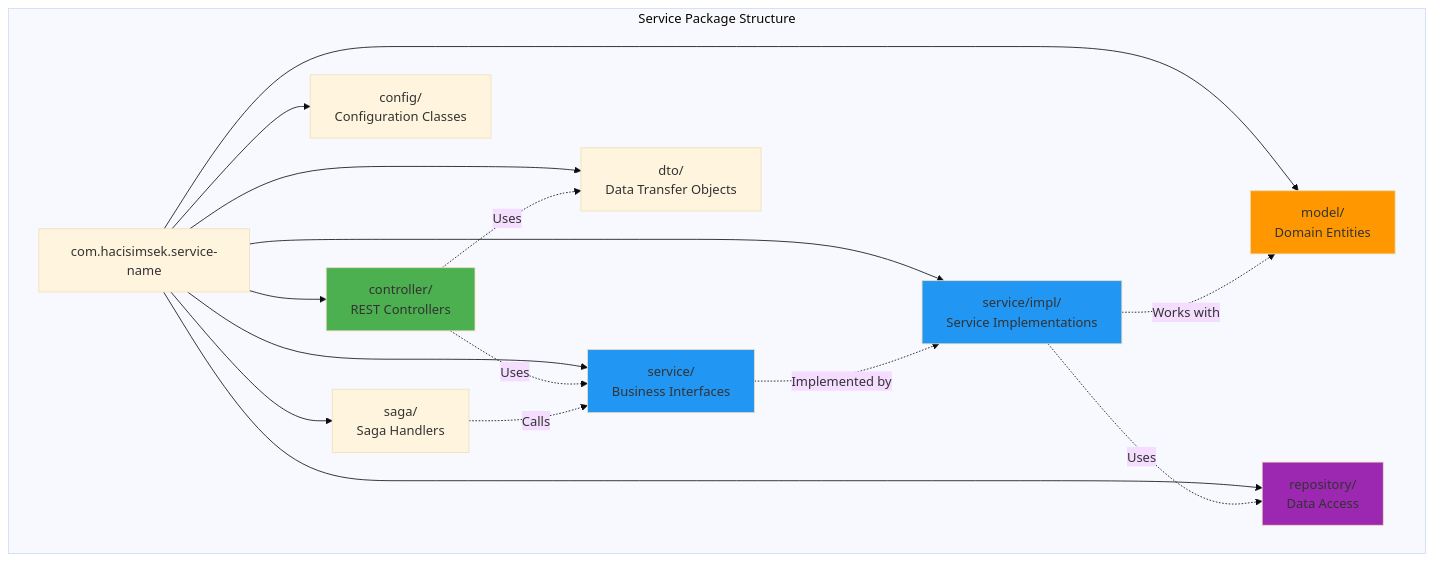
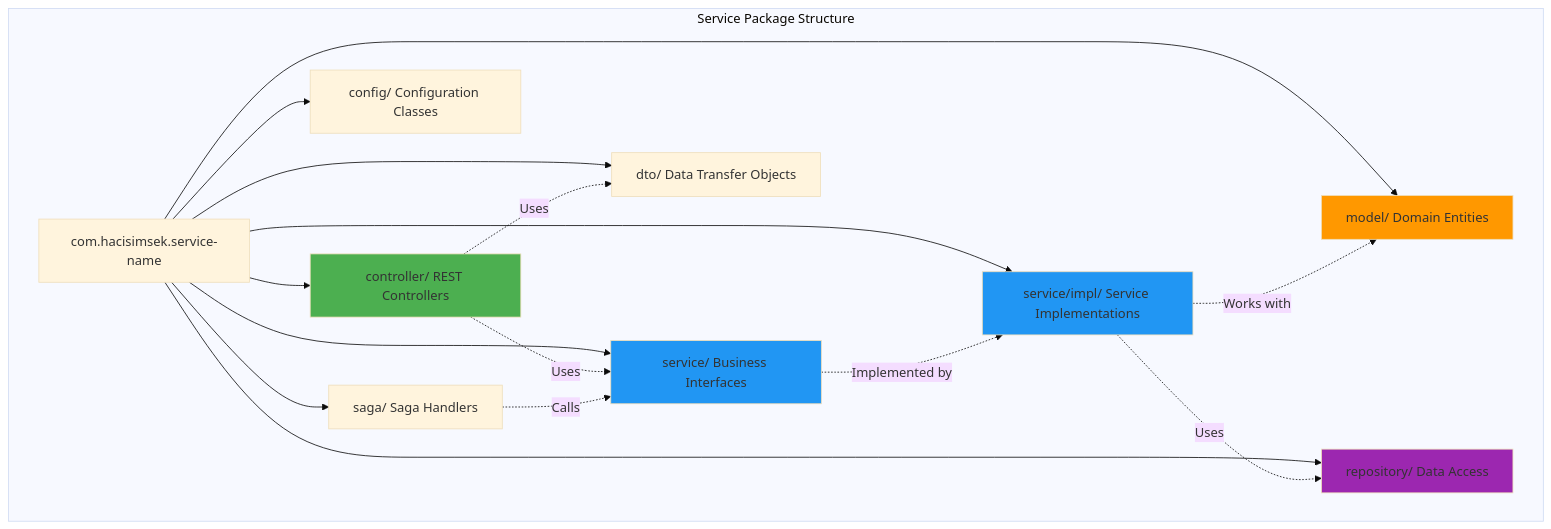
Before and after one commit to hagsmand/workshop-bob-micro: diagram 12 of 14 in README.md, drawn with Mermaid (base theme). The commit also changed other lines of this file, not shown here.

````diff
--- a/README.md
+++ b/README.md
@@ -597,28 +597,28 @@
 ```mermaid
 graph TB
     subgraph "Service Package Structure"
         Root[com.hacisimsek.service-name]
         
-        Root --> Controller[controller/<br/>REST Controllers]
-        Root --> Service[service/<br/>Business Interfaces]
-        Root --> ServiceImpl[service/impl/<br/>Service Implementations]
-        Root --> Model[model/<br/>Domain Entities]
-        Root --> Repository[repository/<br/>Data Access]
-        Root --> DTO[dto/<br/>Data Transfer Objects]
-        Root --> Config[config/<br/>Configuration Classes]
-        Root --> Saga[saga/<br/>Saga Handlers]
+        Root --> Controller[controller/ REST Controllers]
+        Root --> Service[service/ Business Interfaces]
+        Root --> ServiceImpl[service/impl/ Service Implementations]
+        Root --> Model[model/ Domain Entities]
+        Root --> Repository[repository/ Data Access]
+        Root --> DTO[dto/ Data Transfer Objects]
+        Root --> Config[config/ Configuration Classes]
+        Root --> Saga[saga/ Saga Handlers]
     end
     
     Controller -.->|Uses| Service
     Service -.->|Implemented by| ServiceImpl
     ServiceImpl -.->|Uses| Repository
     ServiceImpl -.->|Works with| Model
     Controller -.->|Uses| DTO
     Saga -.->|Calls| Service
     
     style Controller fill:#4CAF50
     style Service fill:#2196F3
     style ServiceImpl fill:#2196F3
     style Model fill:#FF9800
     style Repository fill:#9C27B0
 ```
````
